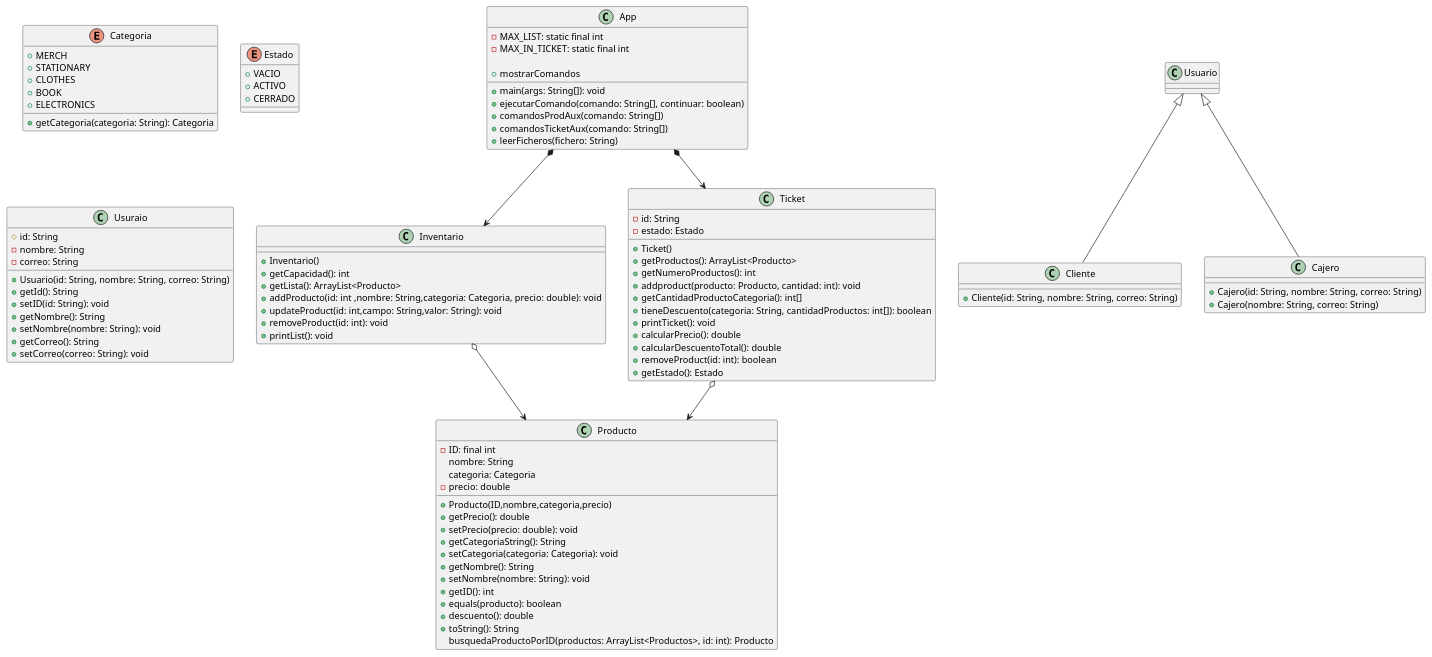
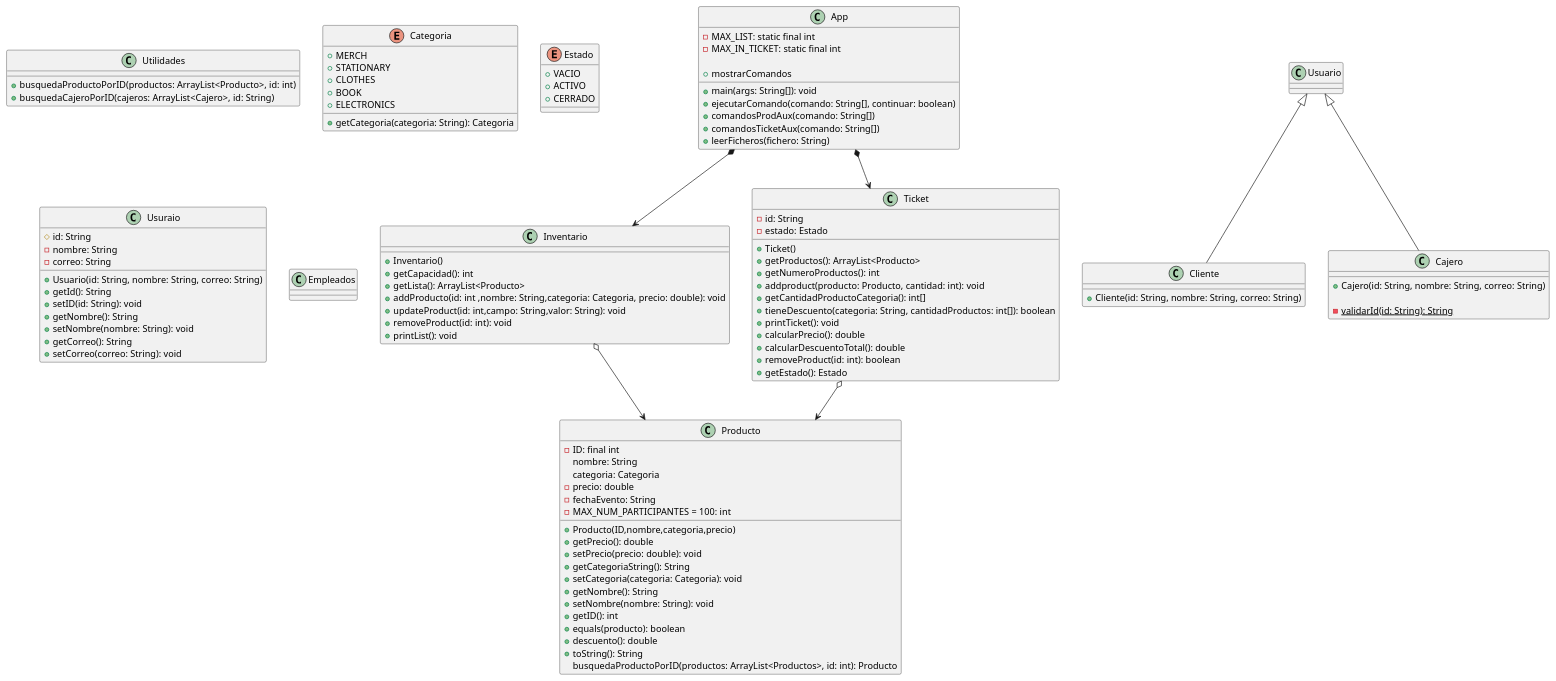
One commit to MarcosAus/tienda_upm changed the diagram in src/main/java/es/upm/etsisi/poo/tienda_upm_diagrama.puml. Above: the diagram before and after it, drawn with PlantUML. The commit also changed 22 other files, not shown here.

Commit message:
Actualizado el UML, continuadas las clases Cliente, Cajero, Producto y Ticket; creada la clase Usuario,

```diff
--- a/src/main/java/es/upm/etsisi/poo/tienda_upm_diagrama.puml
+++ b/src/main/java/es/upm/etsisi/poo/tienda_upm_diagrama.puml
@@ -1,113 +1,128 @@
 @startuml
+
+class Utilidades {
++busquedaProductoPorID(productos: ArrayList<Producto>, id: int)
++busquedaCajeroPorID(cajeros: ArrayList<Cajero>, id: String)
+' Posiblemente sea un Map, no un ArrayList
+}
 class Producto {
 -ID: final int
 nombre: String
 categoria: Categoria
 -precio: double
+' NUEVO:
+-fechaEvento: String
+- MAX_NUM_PARTICIPANTES = 100: int
 
 +Producto(ID,nombre,categoria,precio)
 +getPrecio(): double
 +setPrecio(precio: double): void
 +getCategoriaString(): String
 +setCategoria(categoria: Categoria): void
 +getNombre(): String
 +setNombre(nombre: String): void
 +getID(): int
 +equals(producto): boolean
 +descuento(): double
 +toString(): String
 busquedaProductoPorID(productos: ArrayList<Productos>, id: int): Producto
 }
 enum Categoria{
 +MERCH
 +STATIONARY
 +CLOTHES
 +BOOK
 +ELECTRONICS
 +getCategoria(categoria: String): Categoria
 }
 
 class Inventario{
 
 +Inventario()
 +getCapacidad(): int
 +getLista(): ArrayList<Producto>
 +addProducto(id: int ,nombre: String,categoria: Categoria, precio: double): void
 +updateProduct(id: int,campo: String,valor: String): void
 +removeProduct(id: int): void
 +printList(): void
 }
 enum Estado{
 +VACIO
 +ACTIVO
 +CERRADO
 }
 class Ticket {
 ' NUEVO
 -id: String
 -estado: Estado
 
 +Ticket()
 +getProductos(): ArrayList<Producto>
 +getNumeroProductos(): int
 +addproduct(producto: Producto, cantidad: int): void
 +getCantidadProductoCategoria(): int[]
 +tieneDescuento(categoria: String, cantidadProductos: int[]): boolean
 +printTicket(): void
 +calcularPrecio(): double
 +calcularDescuentoTotal(): double
 +removeProduct(id: int): boolean
 ' NUEVO
 +getEstado(): Estado
 }
 
 class App {
 -MAX_LIST: static final int
 -MAX_IN_TICKET: static final int
 
 +main(args: String[]): void
 +ejecutarComando(comando: String[], continuar: boolean)
 +comandosProdAux(comando: String[])
 +comandosTicketAux(comando: String[])
 +mostrarComandos
 +leerFicheros(fichero: String)
 }
 
 class Usuraio {
 #id: String
 -nombre: String
 -correo: String
 
 +Usuario(id: String, nombre: String, correo: String)
 +getId(): String
 +setID(id: String): void
 +getNombre(): String
 +setNombre(nombre: String): void
 +getCorreo(): String
 +setCorreo(correo: String): void
 
 }
 
 class Cliente{
 
 +Cliente(id: String, nombre: String, correo: String)
 
 }
 
 class Cajero{
 
 +Cajero(id: String, nombre: String, correo: String)
-+Cajero(nombre: String, correo: String)
 
+-{static} validarId(id: String): String
+
+}
+class Empleados {
+' Actua como la clase Inventario, pero para los Cajeros
 }
 
 Inventario o--> Producto
 App *--> Inventario
 App *--> Ticket
 Ticket o--> Producto
 Usuario <|-- Cliente
 Usuario <|-- Cajero
 
 
 
+
+
 @enduml
```
